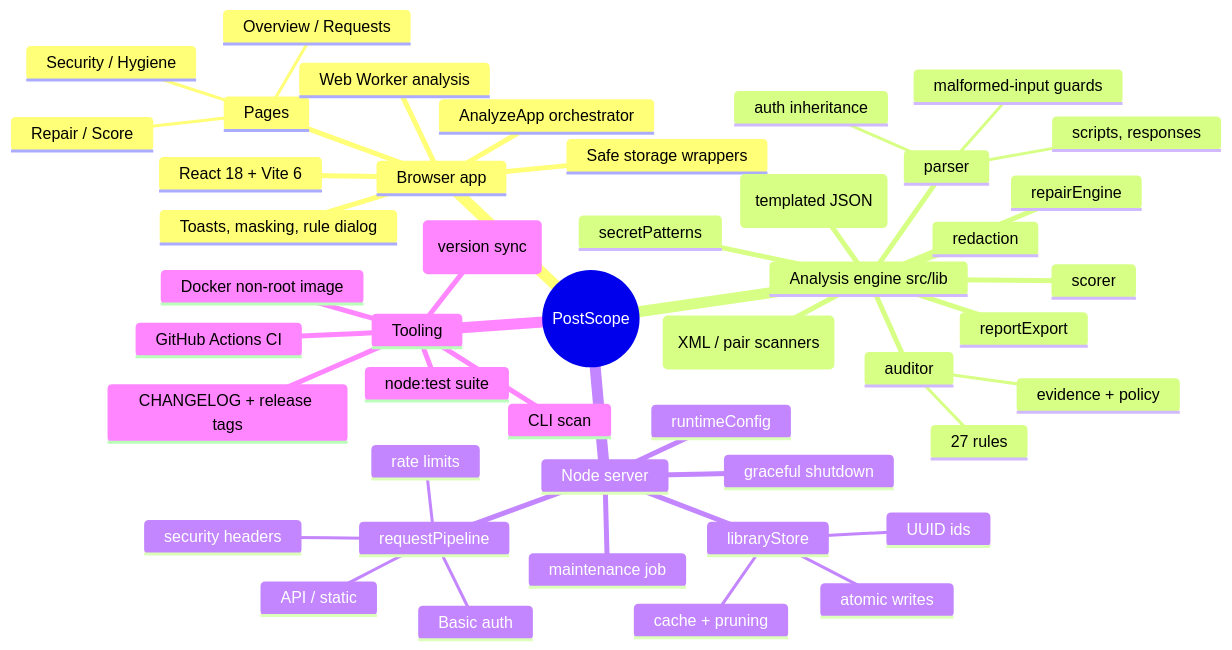
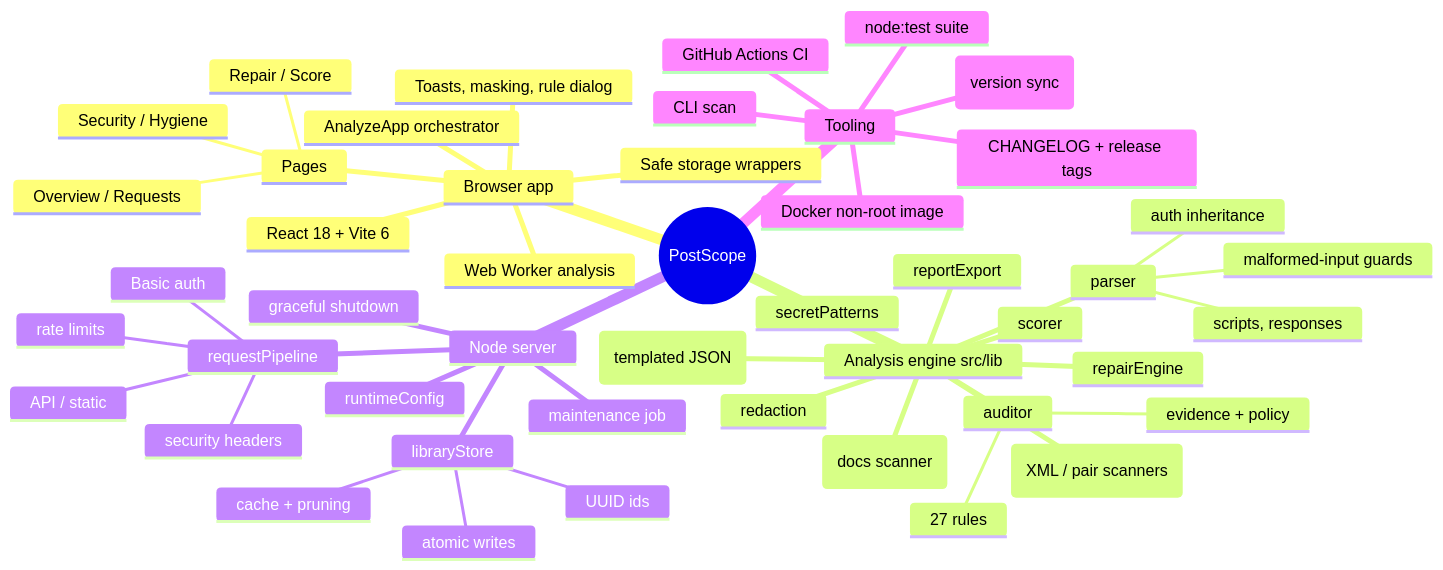
One commit to winksen/Postscope-App changed the first of 2 diagrams in docs/mindmap/TECHNICAL_MINDMAP.md. Above: the diagram before and after it, drawn with Mermaid. The commit also changed other lines of this file and 16 other files, not shown here.

````diff
--- a/docs/mindmap/TECHNICAL_MINDMAP.md
+++ b/docs/mindmap/TECHNICAL_MINDMAP.md
@@ -11,49 +11,50 @@
 ```mermaid
 mindmap
   root((PostScope))
     Browser app
       React 18 + Vite 6
       AnalyzeApp orchestrator
       Pages
         Overview / Requests
         Security / Hygiene
         Repair / Score
       Web Worker analysis
       Toasts, masking, rule dialog
       Safe storage wrappers
     Analysis engine src/lib
       parser
         auth inheritance
         scripts, responses
         malformed-input guards
       auditor
         27 rules
         evidence + policy
       jsonBody (templated JSON)
       rawBody (XML / pair scanners)
+      descriptions (docs scanner)
       secretPatterns
       scorer
       repairEngine
       redaction
       reportExport
     Node server
       requestPipeline
         security headers
         Basic auth
         rate limits
         API / static
       libraryStore
         UUID ids
         atomic writes
         cache + pruning
       runtimeConfig
       maintenance job
       graceful shutdown
     Tooling
       CLI scan
       node:test suite
       GitHub Actions CI
       Docker non-root image
       release:check (version sync)
       CHANGELOG + release tags
 ```
````
